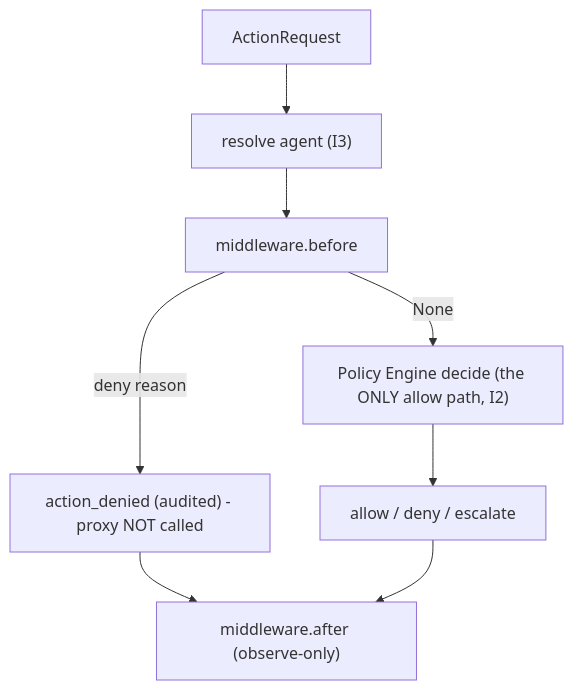
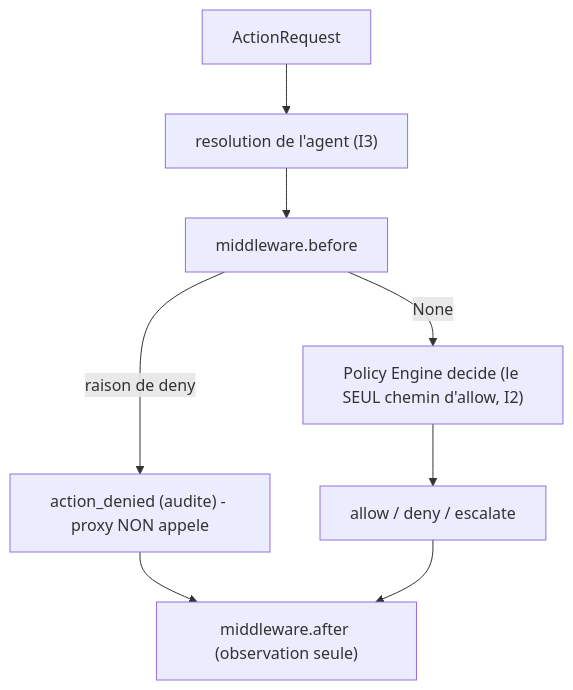
One commit to mo0ogly/recette_IA_agents changed the diagram in docs/runbooks/gateway-middleware.md. Above: the diagram before and after it, drawn with Mermaid. The commit also changed other lines of this file and 25 other files, not shown here.

````diff
--- a/docs/runbooks/gateway-middleware.md
+++ b/docs/runbooks/gateway-middleware.md
@@ -37,10 +39,10 @@
 ```mermaid
 flowchart TD
-  REQ["ActionRequest"] --> RA["resolve agent (I3)"]
+  REQ["ActionRequest"] --> RA["resolution de l'agent (I3)"]
   RA --> MB["middleware.before"]
-  MB -- "deny reason" --> DEN["action_denied (audited) - proxy NOT called"]
-  MB -- "None" --> POL["Policy Engine decide (the ONLY allow path, I2)"]
+  MB -- "raison de deny" --> DEN["action_denied (audite) - proxy NON appele"]
+  MB -- "None" --> POL["Policy Engine decide (le SEUL chemin d'allow, I2)"]
   POL --> OUT["allow / deny / escalate"]
-  DEN --> AFT["middleware.after (observe-only)"]
+  DEN --> AFT["middleware.after (observation seule)"]
   OUT --> AFT
 ```
````
